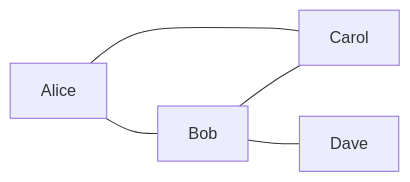
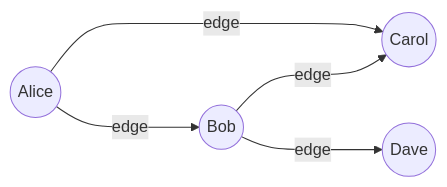
Before and after one commit to seerflow/seerflow-guide: the first of 5 diagrams in docs/entity-graph/index.md, drawn with Mermaid. The commit also changed other lines of this file and 1 other file, not shown here.

Commit message:
docs(entity-graph): add labeled node/edge diagram, UUID5 cross-source visual, edge dedup visual

````diff
--- a/docs/entity-graph/index.md
+++ b/docs/entity-graph/index.md
@@ -18,7 +18,7 @@
 ```mermaid
 graph LR
-    A[Alice] --- B[Bob]
-    A --- C[Carol]
-    B --- C
-    B --- D[Dave]
+    A((Alice)) --->|"edge"| B((Bob))
+    A --->|"edge"| C((Carol))
+    B --->|"edge"| C
+    B --->|"edge"| D((Dave))
 ```
````
